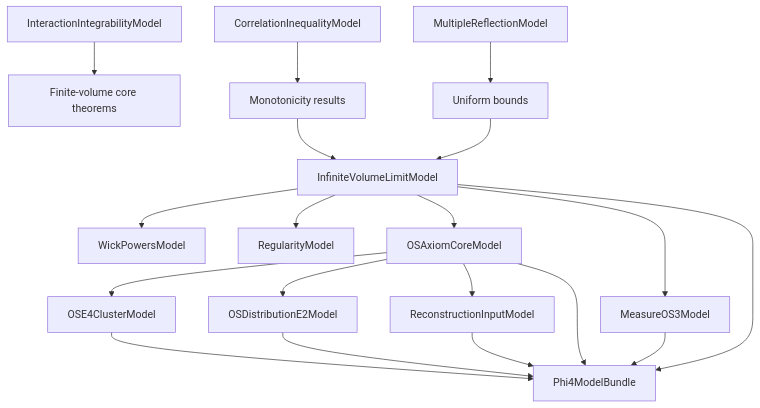
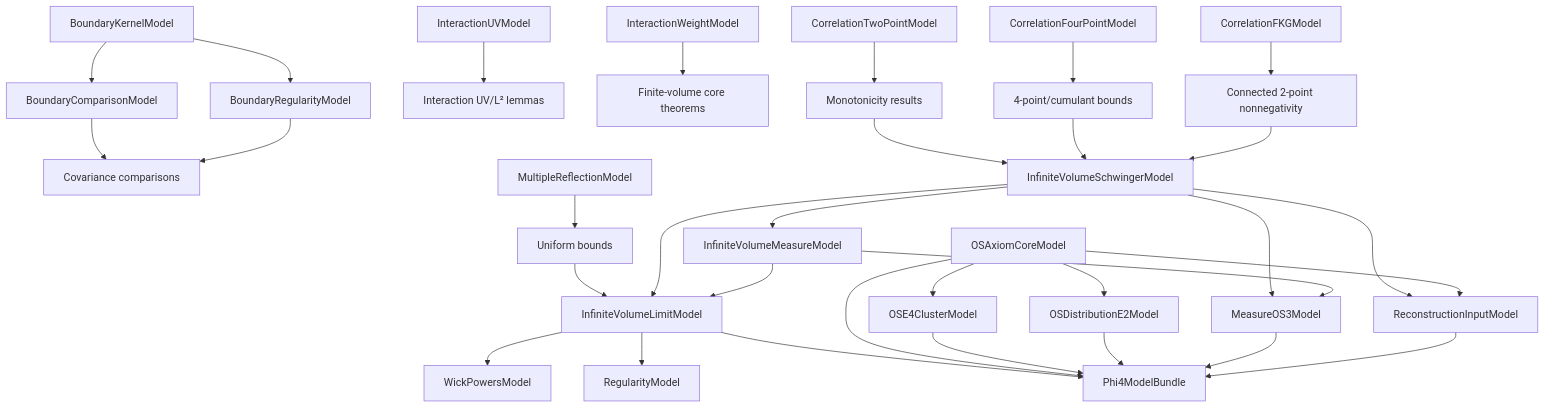
The third of 3 diagrams in TODO.md (xiyin137/Phi4), drawn with Mermaid before and after one commit. The commit also changed other lines of this file and 14 other files, not shown here.

Commit message:
Refactor infinite-volume and reconstruction interface layers

````diff
--- a/TODO.md
+++ b/TODO.md
@@ -67,21 +106,35 @@
 ```mermaid
 flowchart TD
-  IIM[InteractionIntegrabilityModel] --> FVMCore[Finite-volume core theorems]
-  CIM[CorrelationInequalityModel] --> Mono[Monotonicity results]
+  BKM[BoundaryKernelModel] --> BComp[BoundaryComparisonModel]
+  BKM --> BReg[BoundaryRegularityModel]
+  BComp --> CovOps[Covariance comparisons]
+  BReg --> CovOps
+  IUV[InteractionUVModel] --> InteractionL2[Interaction UV/L² lemmas]
+  IWM[InteractionWeightModel] --> FVMCore[Finite-volume core theorems]
+  C2P[CorrelationTwoPointModel] --> Mono[Monotonicity results]
+  C4P[CorrelationFourPointModel] --> IV4[4-point/cumulant bounds]
+  CFKG[CorrelationFKGModel] --> Conn2[Connected 2-point nonnegativity]
   MRM[MultipleReflectionModel] --> UB[Uniform bounds]
-  Mono --> IVLM[InfiniteVolumeLimitModel]
+  Mono --> IVS[InfiniteVolumeSchwingerModel]
+  IV4 --> IVS
+  Conn2 --> IVS
   UB --> IVLM
+  IVS --> IVM[InfiniteVolumeMeasureModel]
+  IVS --> IVLM[InfiniteVolumeLimitModel]
+  IVM --> IVLM
   IVLM --> WPM[WickPowersModel]
   IVLM --> RM[RegularityModel]
-  IVLM --> OSMC[OSAxiomCoreModel]
+  IVS --> OSM3[MeasureOS3Model]
+  IVM --> OSM3
+  OSMC[OSAxiomCoreModel]
   OSMC --> OSE4[OSE4ClusterModel]
   OSMC --> OSE2[OSDistributionE2Model]
-  IVLM --> OSM3[MeasureOS3Model]
+  IVS --> RIM[ReconstructionInputModel]
   OSMC --> RIM[ReconstructionInputModel]
   IVLM --> Bundle[Phi4ModelBundle]
   OSMC --> Bundle
   OSE4 --> Bundle
   OSE2 --> Bundle
   OSM3 --> Bundle
   RIM --> Bundle
 ```
````
